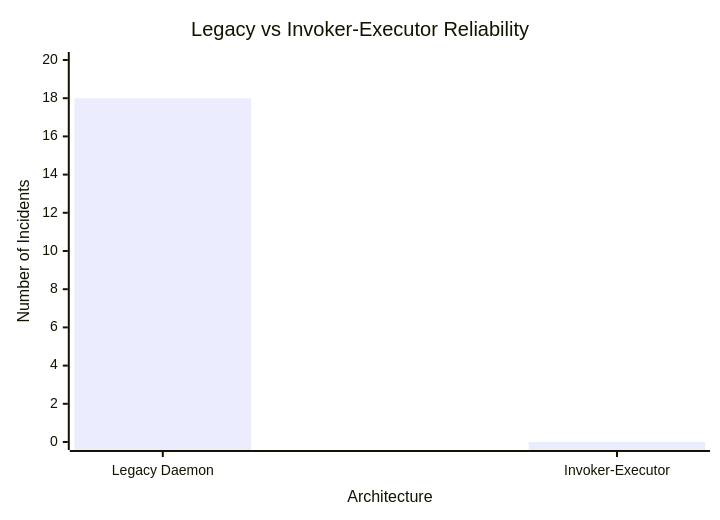
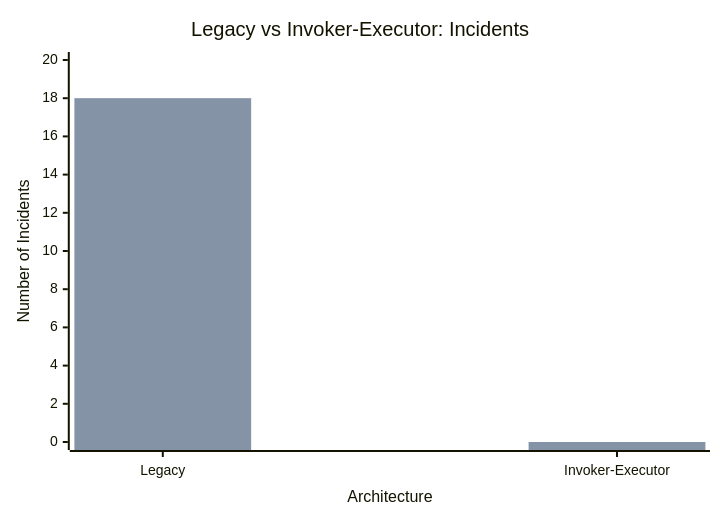
Before and after one commit to wisrovi/wyoloservice2_paper: the diagram in normal_papers/paper_2_invoker_executor/en/figures/diagram2.mmd, drawn with Mermaid.

Commit message:
[REFACTOR] Update diagram2.mmd to address IEEE review verdict

```diff
--- a/normal_papers/paper_2_invoker_executor/en/figures/diagram2.mmd
+++ b/normal_papers/paper_2_invoker_executor/en/figures/diagram2.mmd
@@ -1,5 +1,6 @@
 xychart-beta
-    title "Legacy vs Invoker-Executor Reliability"
-    x-axis "Architecture" ["Legacy Daemon", "Invoker-Executor"]
+    title "Legacy vs Invoker-Executor: Incidents"
+    x-axis "Architecture" ["Legacy", "Invoker-Executor"]
     y-axis "Number of Incidents" 0 --> 20
-    bar [18, 0]
+    bar "Host OOM Crashes" [18, 0]
+    bar "Manual Reboots" [18, 0]
```
